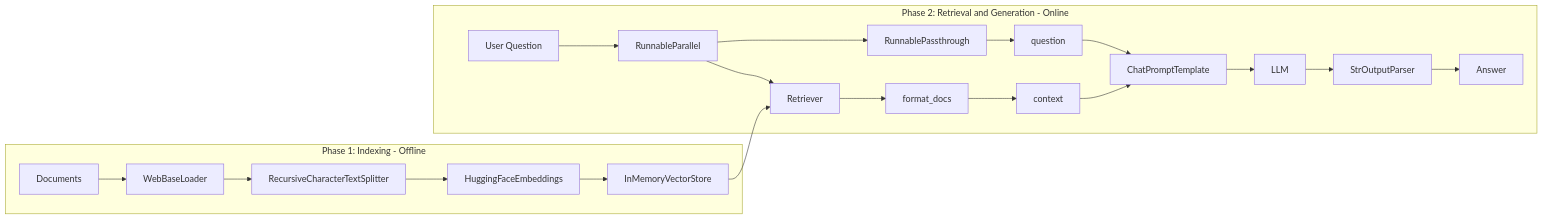
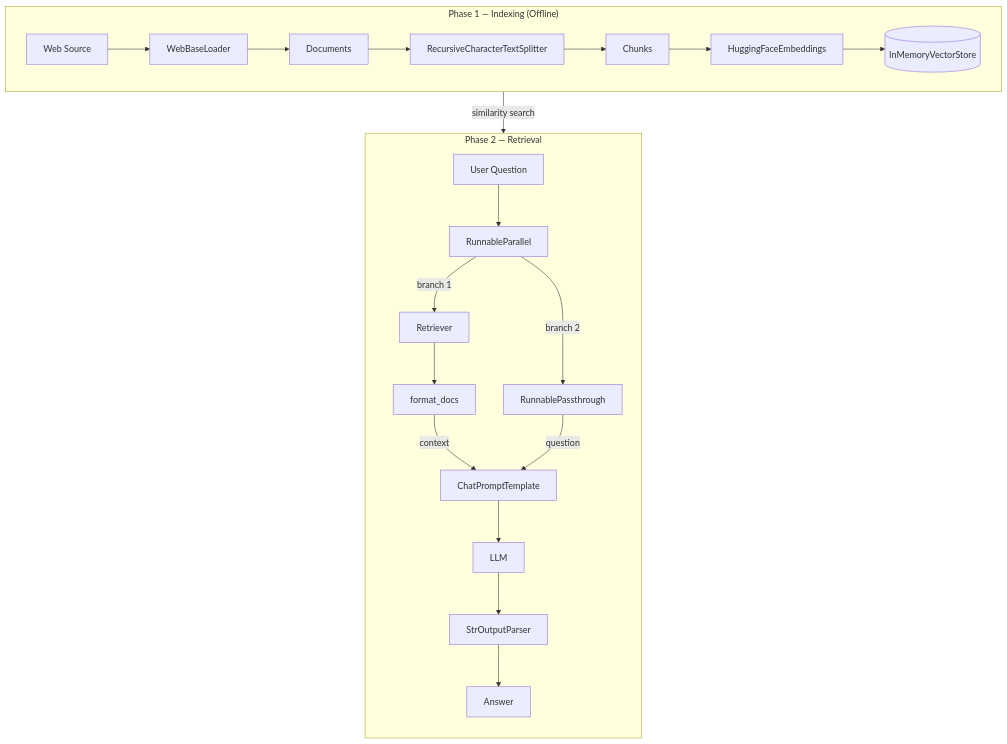
Before and after one commit to YsnHdn/Notebooks: the diagram in Langchain/langchain-rag.mdx, drawn with Mermaid.

Commit message:
refactor : Langchain RAG Mermaid flowchart

````diff
--- a/Langchain/langchain-rag.mdx
+++ b/Langchain/langchain-rag.mdx
@@ -27,25 +27,27 @@
 ```mermaid
-flowchart LR
-    subgraph INDEXING[Phase 1: Indexing - Offline]
-        A[Documents] --> B[WebBaseLoader]
-        B --> C[RecursiveCharacterTextSplitter]
-        C --> D[HuggingFaceEmbeddings]
-        D --> E[InMemoryVectorStore]
+flowchart TD
+    subgraph INDEXING[" Phase 1 — Indexing (Offline)"]
+        direction LR
+        A[ Web Source] --> B[WebBaseLoader]
+        B --> C[Documents]
+        C --> D[RecursiveCharacterTextSplitter]
+        D --> E[Chunks]
+        E --> F[HuggingFaceEmbeddings]
+        F --> G[(InMemoryVectorStore)]
     end
 
-    subgraph RETRIEVAL[Phase 2: Retrieval and Generation - Online]
-        F[User Question] --> G[RunnableParallel]
-        G --> H[Retriever]
-        G --> I[RunnablePassthrough]
-        H --> J[format_docs]
-        J --> K[context]
-        I --> L[question]
-        K --> M[ChatPromptTemplate]
-        L --> M
-        M --> N[LLM]
-        N --> O[StrOutputParser]
-        O --> P[Answer]
+    subgraph RETRIEVAL[" Phase 2 — Retrieval "]
+        direction TB
+        Q[ User Question] --> RP[RunnableParallel]
+        RP -->|branch 1| RET[Retriever]
+        RP -->|branch 2| PASS[RunnablePassthrough]
+        RET --> FMT[format_docs]
+        FMT -->|context| PT[ChatPromptTemplate]
+        PASS -->|question| PT
+        PT --> LLM[LLM]
+        LLM --> OUT[StrOutputParser]
+        OUT --> ANS[ Answer]
     end
 
-    E --> H
+    G -->|similarity search| RET
 ```
````
